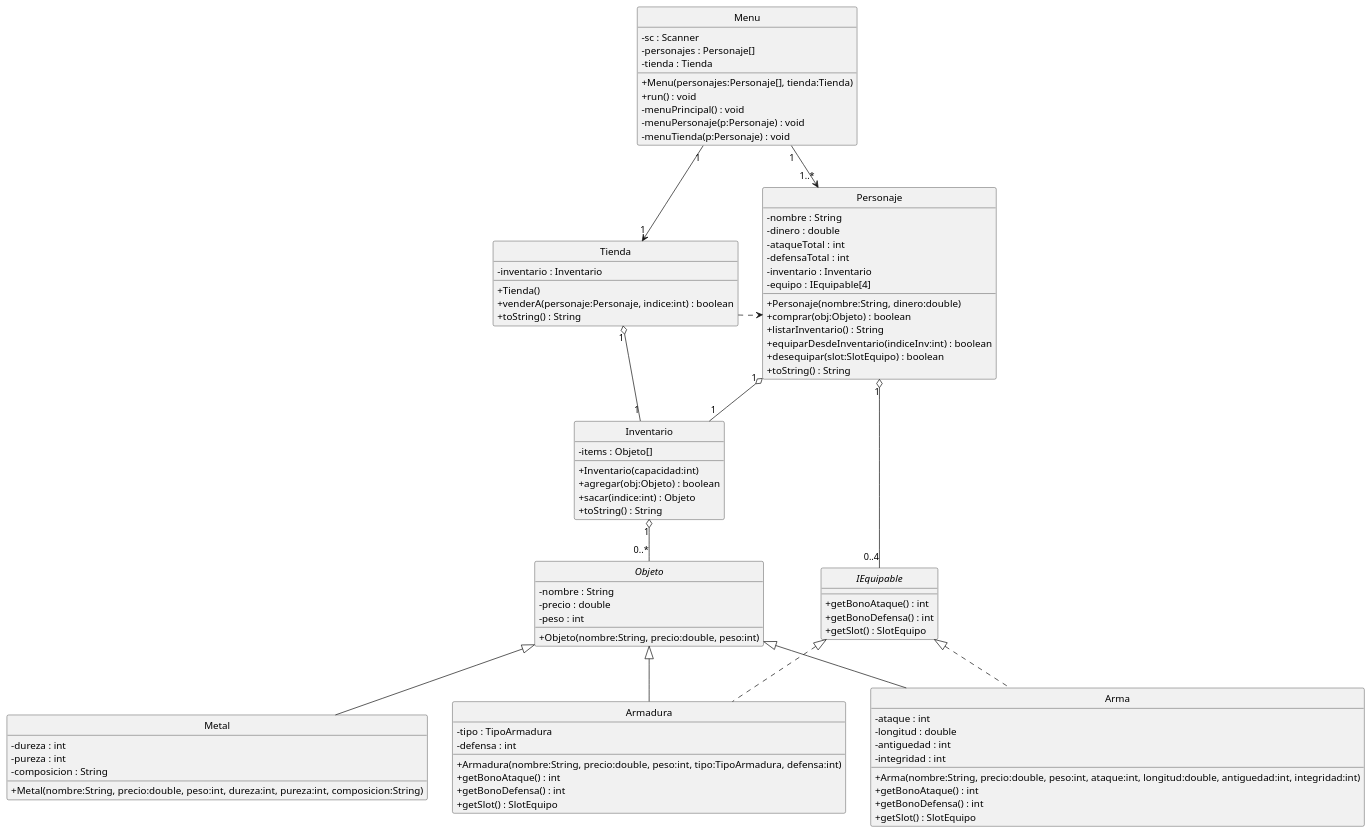
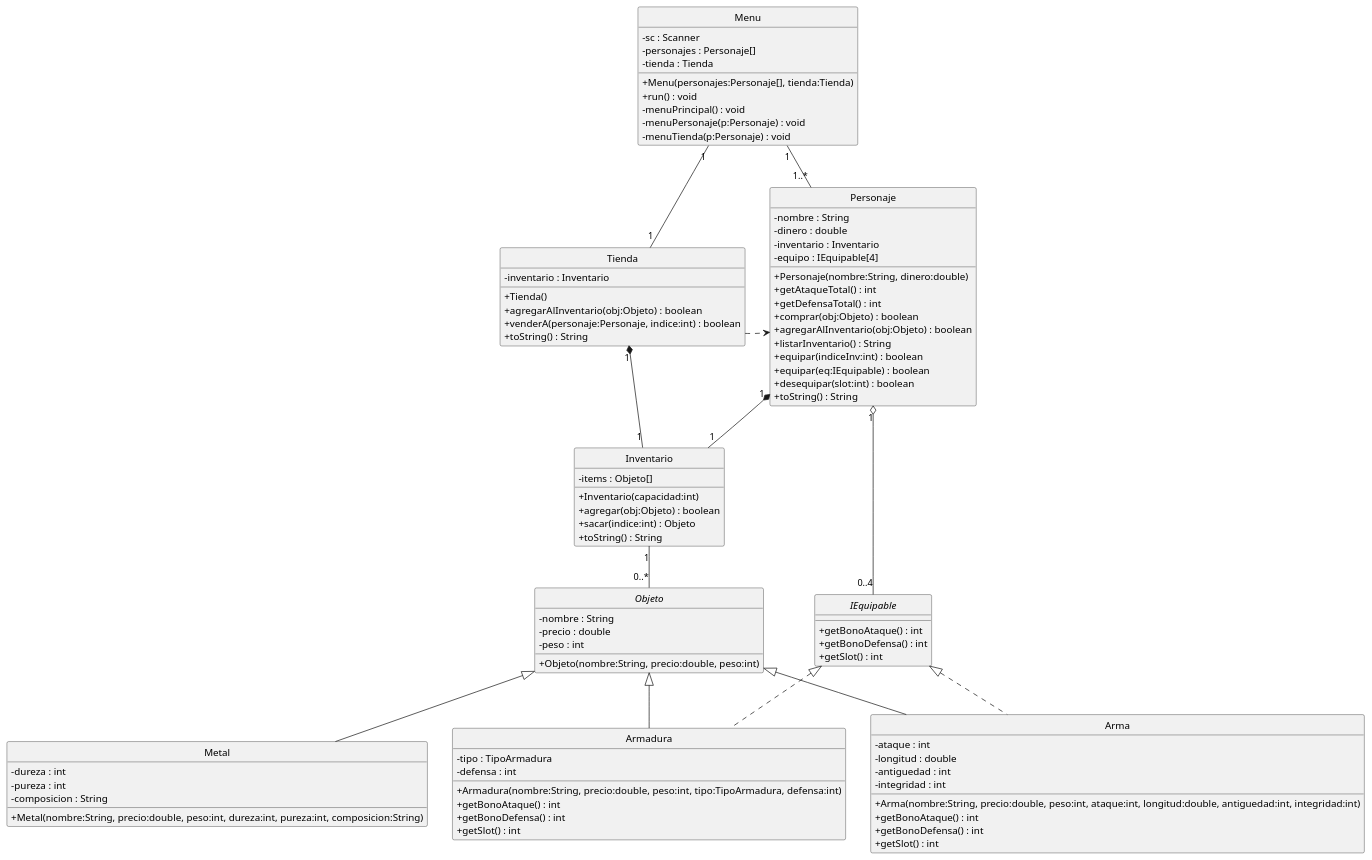
Before and after one commit to Cosmin-DB/FP2_25-26: the diagram in sesiones/sesion_H2/class_uml.puml, drawn with PlantUML. The commit also changed 14 other files, not shown here.

```diff
--- a/sesiones/sesion_H2/class_uml.puml
+++ b/sesiones/sesion_H2/class_uml.puml
@@ -1,103 +1,106 @@
 @startuml
 skinparam classAttributeIconSize 0
 hide circle
 top to bottom direction
 
 interface IEquipable {
   + getBonoAtaque() : int
   + getBonoDefensa() : int
-  + getSlot() : SlotEquipo
+  + getSlot() : int
 }
 
 abstract class Objeto {
   - nombre : String
   - precio : double
   - peso : int
   + Objeto(nombre:String, precio:double, peso:int)
 }
 
 class Arma {
   - ataque : int
   - longitud : double
   - antiguedad : int
   - integridad : int
   + Arma(nombre:String, precio:double, peso:int, ataque:int, longitud:double, antiguedad:int, integridad:int)
   + getBonoAtaque() : int
   + getBonoDefensa() : int
-  + getSlot() : SlotEquipo
+  + getSlot() : int
 }
 
 class Armadura {
   - tipo : TipoArmadura
   - defensa : int
   + Armadura(nombre:String, precio:double, peso:int, tipo:TipoArmadura, defensa:int)
   + getBonoAtaque() : int
   + getBonoDefensa() : int
-  + getSlot() : SlotEquipo
+  + getSlot() : int
 }
 
 class Metal {
   - dureza : int
   - pureza : int
   - composicion : String
   + Metal(nombre:String, precio:double, peso:int, dureza:int, pureza:int, composicion:String)
 }
 
 class Personaje {
   - nombre : String
   - dinero : double
-  - ataqueTotal : int
-  - defensaTotal : int
   - inventario : Inventario
   - equipo : IEquipable[4]
   + Personaje(nombre:String, dinero:double)
+  + getAtaqueTotal() : int
+  + getDefensaTotal() : int
   + comprar(obj:Objeto) : boolean
+  + agregarAlInventario(obj:Objeto) : boolean
   + listarInventario() : String
-  + equiparDesdeInventario(indiceInv:int) : boolean
-  + desequipar(slot:SlotEquipo) : boolean
+  + equipar(indiceInv:int) : boolean
+  + equipar(eq:IEquipable) : boolean
+  + desequipar(slot:int) : boolean
   + toString() : String
 }
 
 class Inventario {
   - items : Objeto[]
   + Inventario(capacidad:int)
   + agregar(obj:Objeto) : boolean
   + sacar(indice:int) : Objeto
   + toString() : String
 }
 
 class Tienda {
   - inventario : Inventario
   + Tienda()
+  + agregarAlInventario(obj:Objeto) : boolean
   + venderA(personaje:Personaje, indice:int) : boolean
   + toString() : String
 }
 
 class Menu {
   - sc : Scanner
   - personajes : Personaje[]
   - tienda : Tienda
   + Menu(personajes:Personaje[], tienda:Tienda)
   + run() : void
   - menuPrincipal() : void
   - menuPersonaje(p:Personaje) : void
   - menuTienda(p:Personaje) : void
 }
 
 Objeto <|-- Metal
 Objeto <|-- Arma
 Objeto <|-- Armadura
 
 IEquipable <|.. Arma
 IEquipable <|.. Armadura
 
-Inventario "1" o-- "0..*" Objeto
-Personaje "1" o-- "1" Inventario
-Tienda "1" o-- "1" Inventario
+Inventario "1" -- "0..*" Objeto
+Personaje "1" *-- "1" Inventario
+Tienda "1" *-- "1" Inventario
 Personaje "1" o-- "0..4" IEquipable
-Menu "1" --> "1..*" Personaje
-Menu "1" --> "1" Tienda
+Menu "1" -- "1..*" Personaje
+Menu "1" -- "1" Tienda
 Tienda ..> Personaje
 Personaje -[hidden]right-> Tienda
 
 @enduml
```
